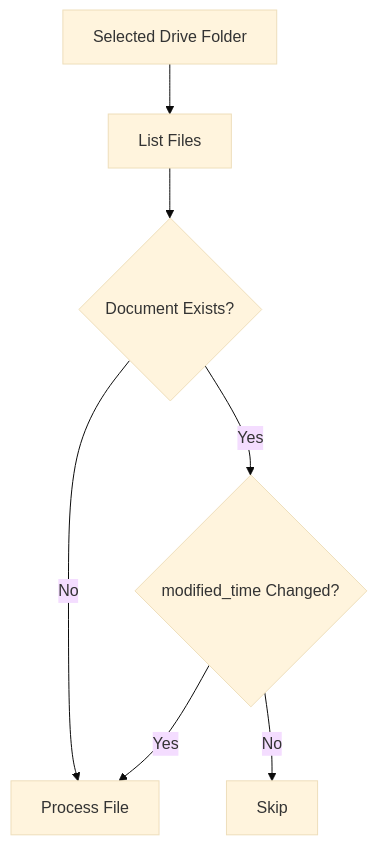
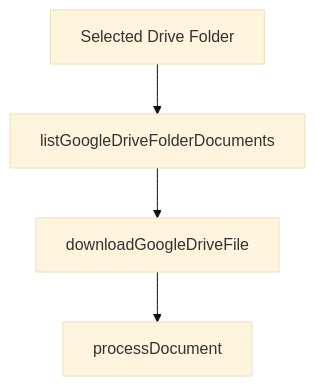
Before and after one commit to velascode64/equi-document-intelligence-web-app: the fifth of 10 diagrams in docs/product-definitions/technical_architecture.md, drawn with Mermaid (base theme). The commit also changed other lines of this file and 6 other files, not shown here.

Commit message:
Add Google Drive sync analyzer flow

````diff
--- a/docs/product-definitions/technical_architecture.md
+++ b/docs/product-definitions/technical_architecture.md
@@ -380,12 +383,6 @@
 ```mermaid
 flowchart TD
-    A[Selected Drive Folder] --> B[List Files]
-    B --> C{Document Exists?}
-
-    C -->|No| D[Process File]
-
-    C -->|Yes| E{modified_time Changed?}
-
-    E -->|Yes| D
-    E -->|No| F[Skip]
+    A[Selected Drive Folder] --> B[listGoogleDriveFolderDocuments]
+    B --> C[downloadGoogleDriveFile]
+    C --> D[processDocument]
 ```
````
